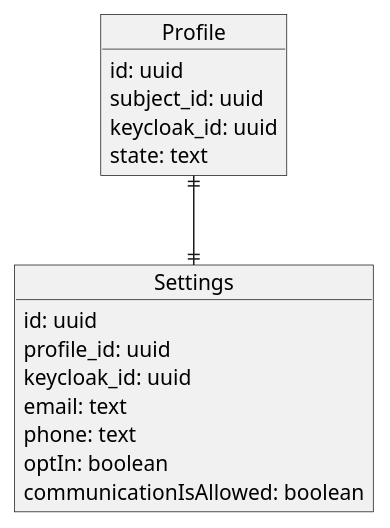
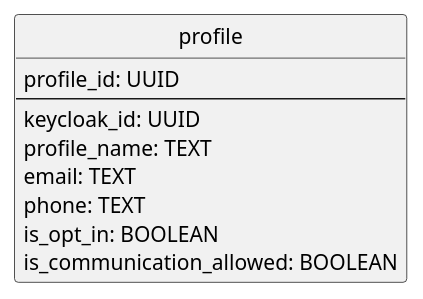
The second of 3 diagrams in modules/ROOT/pages/datafactory/settings.adoc (epam/edp-ddm-architecture), drawn with PlantUML before and after one commit. The commit also changed other lines of this file, not shown here.

Commit message:
[MDTUDDM-0000] added details to a profile: goes to a separate db

```diff
--- a/modules/ROOT/pages/datafactory/settings.adoc
+++ b/modules/ROOT/pages/datafactory/settings.adoc
@@ -80,26 +81,21 @@
 [plantuml]
 ----
 @startuml
 skinparam monochrome true
-
-object "Profile" as profile {
-  id: uuid
-  subject_id: uuid
-  keycloak_id: uuid
-  state: text
-}
-
-object "Settings" as settings  {
-  id: uuid
-  profile_id: uuid
-  keycloak_id: uuid
-  email: text
-  phone: text
-  optIn: boolean
-  communicationIsAllowed: boolean
-}
+hide circle
 
 
-profile ||--|| settings
+            entity profile {
+                profile_id: UUID
+                --
+                keycloak_id: UUID
+                profile_name: TEXT
+'                settings: JSONB
+                email: TEXT
+                phone: TEXT
+                is_opt_in: BOOLEAN
+                is_communication_allowed: BOOLEAN
+            }
+
 @enduml
 ----
```
